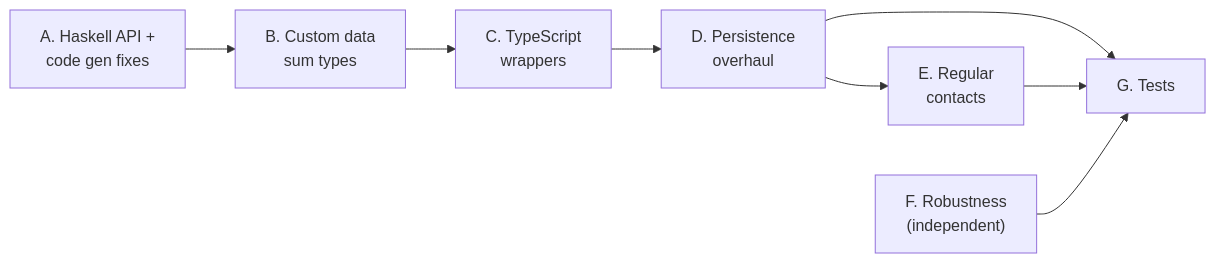
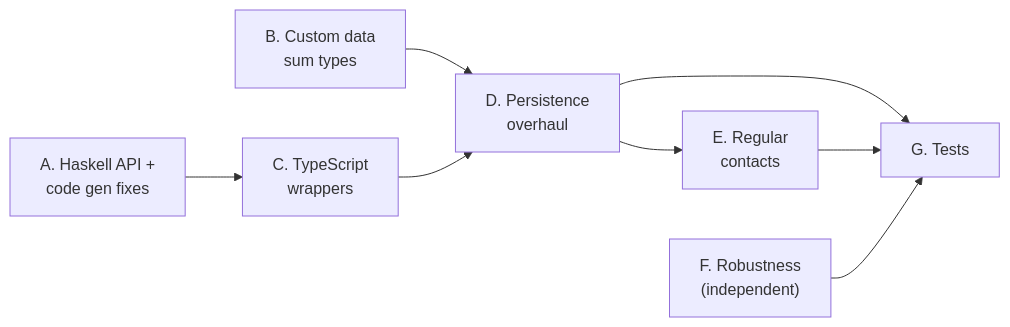
The third of 3 diagrams in docs/plans/support-bot.md (simplex-chat/simplex-chat), drawn with Mermaid before and after one commit. The commit also changed other lines of this file, not shown here.

First line of the commit message:
simplex-support-bot: move sum types to bot code, neutral naming, simplify persistence

````diff
--- a/docs/plans/support-bot.md
+++ b/docs/plans/support-bot.md
@@ -552,11 +524,11 @@
 ```mermaid
 graph LR
-    A["A. Haskell API +<br/>code gen fixes"] --> B["B. Custom data<br/>sum types"]
-    B --> C["C. TypeScript<br/>wrappers"]
-    C --> D["D. Persistence<br/>overhaul"]
+    A["A. Haskell API +<br/>code gen fixes"] --> C["C. TypeScript<br/>wrappers"]
+    B["B. Custom data<br/>sum types"] --> D["D. Persistence<br/>overhaul"]
+    C --> D
     D --> E["E. Regular<br/>contacts"]
 
     D --> G["G. Tests"]
     E --> G
     F["F. Robustness<br/>(independent)"] --> G
 ```
````
